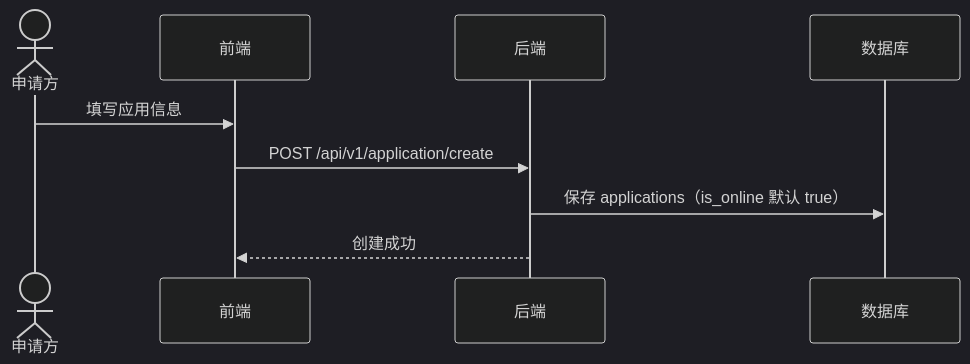
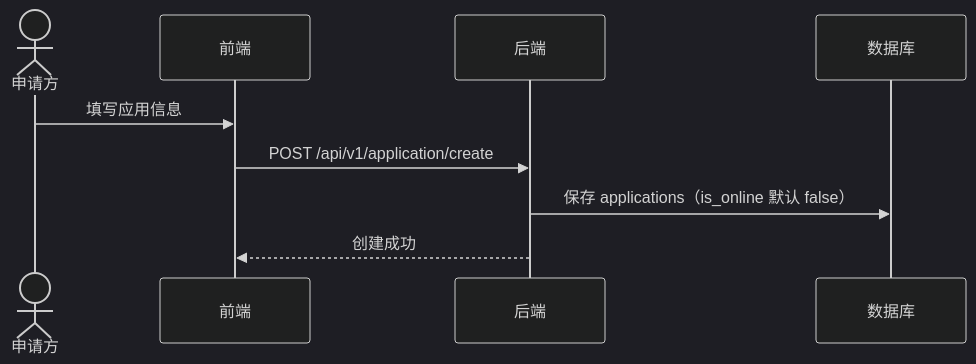
The first of 10 diagrams in docs/zh/workflows.md (yeying-community/node), drawn with Mermaid (dark theme) before and after one commit. The commit also changed other lines of this file and 85 other files, not shown here.

````diff
--- a/docs/zh/workflows.md
+++ b/docs/zh/workflows.md
@@ -6,12 +6,12 @@
 ```mermaid
 sequenceDiagram
   actor U as 申请方
   participant FE as 前端
   participant BE as 后端
   participant DB as 数据库
 
   U ->> FE: 填写应用信息
   FE ->> BE: POST /api/v1/application/create
-  BE ->> DB: 保存 applications（is_online 默认 true）
+  BE ->> DB: 保存 applications（is_online 默认 false）
   BE -->> FE: 创建成功
 ```
````
